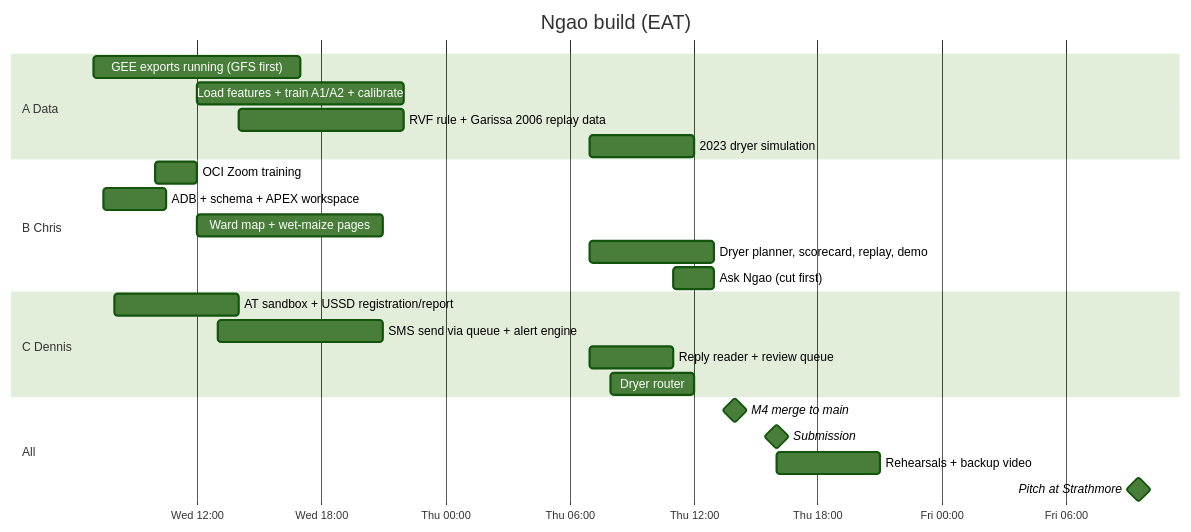
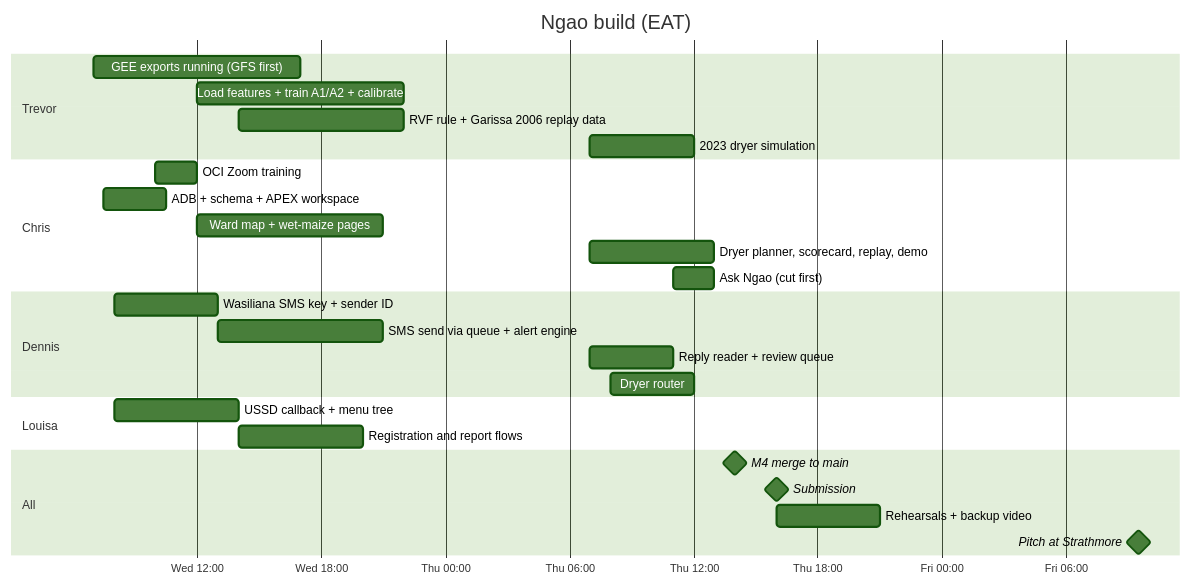
One commit to ChristopherKiokoStrathmore/DrainSense-Global changed the diagram in docs/EXECUTION_PLAN.md. Above: the diagram before and after it, drawn with Mermaid (forest theme). The commit also changed other lines of this file and 14 other files, not shown here.

````diff
--- a/docs/EXECUTION_PLAN.md
+++ b/docs/EXECUTION_PLAN.md
@@ -13,27 +15,30 @@
 ```mermaid
 gantt
   title Ngao build (EAT)
   dateFormat YYYY-MM-DD HH:mm
   axisFormat %a %H:%M
-  section A Data
-  GEE exports running (GFS first)        :a1, 2026-10-14 07:00, 10h
+  section Trevor
+  GEE exports running (GFS first)         :a1, 2026-10-14 07:00, 10h
   Load features + train A1/A2 + calibrate :a2, 2026-10-14 12:00, 10h
   RVF rule + Garissa 2006 replay data     :a3, 2026-10-14 14:00, 8h
   2023 dryer simulation                   :a4, 2026-10-15 07:00, 5h
-  section B Chris
+  section Chris
   OCI Zoom training                       :b0, 2026-10-14 10:00, 2h
   ADB + schema + APEX workspace           :b1, 2026-10-14 07:30, 3h
   Ward map + wet-maize pages              :b2, 2026-10-14 12:00, 9h
   Dryer planner, scorecard, replay, demo  :b3, 2026-10-15 07:00, 6h
   Ask Ngao (cut first)                    :b4, 2026-10-15 11:00, 2h
-  section C Dennis
-  AT sandbox + USSD registration/report   :c1, 2026-10-14 08:00, 6h
+  section Dennis
+  Wasiliana SMS key + sender ID           :c1, 2026-10-14 08:00, 5h
   SMS send via queue + alert engine       :c2, 2026-10-14 13:00, 8h
   Reply reader + review queue             :c3, 2026-10-15 07:00, 4h
   Dryer router                            :c4, 2026-10-15 08:00, 4h
+  section Louisa
+  USSD callback + menu tree               :l1, 2026-10-14 08:00, 6h
+  Registration and report flows           :l2, 2026-10-14 14:00, 6h
   section All
   M4 merge to main                        :milestone, m4, 2026-10-15 14:00, 0h
   Submission                              :milestone, m5, 2026-10-15 16:00, 0h
   Rehearsals + backup video               :d1, 2026-10-15 16:00, 5h
   Pitch at Strathmore                     :milestone, m6, 2026-10-16 09:30, 0h
 ```
````
